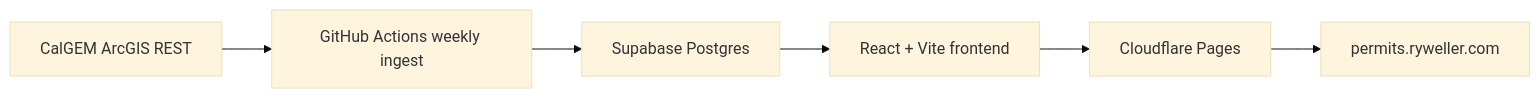
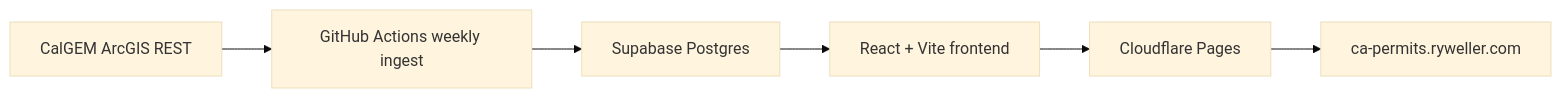
Before and after one commit to rockpyer/ca-permits: the diagram in docs/architecture.md, drawn with Mermaid (base theme). The commit also changed other lines of this file and 35 other files, not shown here.

````diff
--- a/docs/architecture.md
+++ b/docs/architecture.md
@@ -5,8 +5,8 @@
 ```mermaid
 flowchart LR
   CalGEM["CalGEM ArcGIS REST"] --> Actions["GitHub Actions weekly ingest"]
   Actions --> Supabase["Supabase Postgres"]
   Supabase --> React["React + Vite frontend"]
   React --> Cloudflare["Cloudflare Pages"]
-  Cloudflare --> Domain["permits.ryweller.com"]
+  Cloudflare --> Domain["ca-permits.ryweller.com"]
 ```
````
